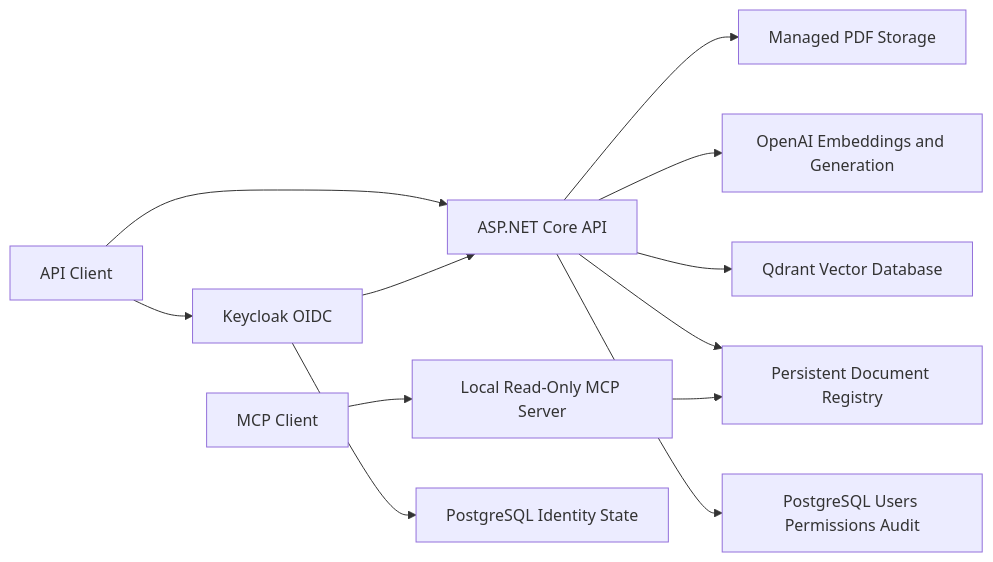
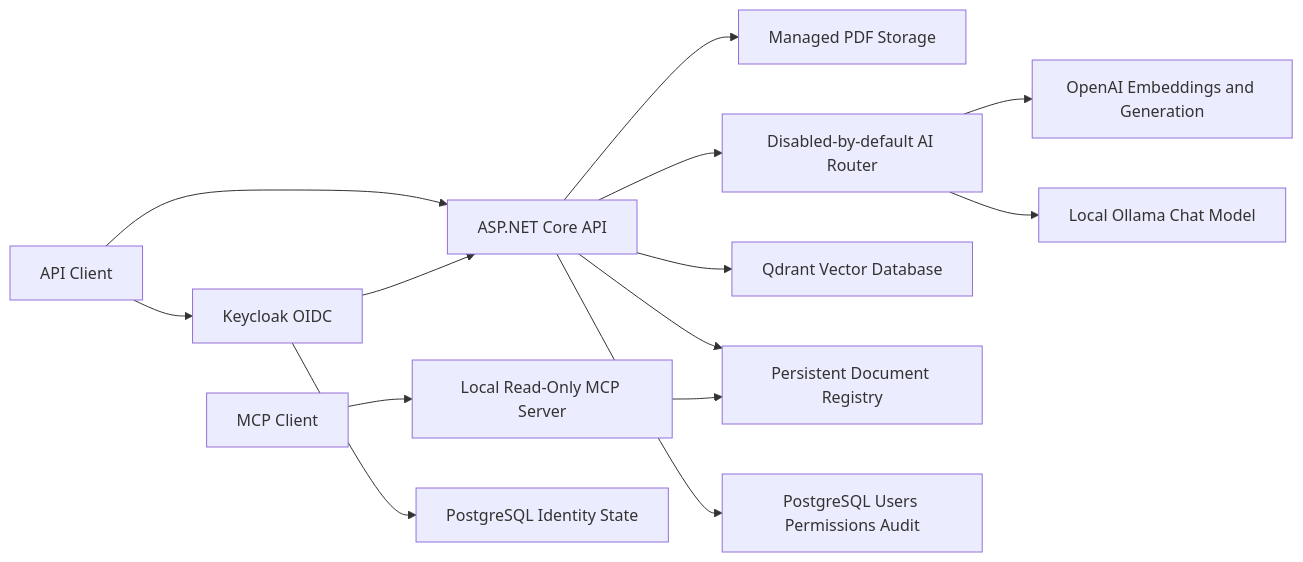
One commit to ElieSaberGit/enterprise-ai-knowledge-assistant-portfolio changed the diagram in README.md. Above: the diagram before and after it, drawn with Mermaid. The commit also changed other lines of this file, not shown here.

First line of the commit message:
docs: record hybrid local/cloud AI phase 1 milestone

````diff
--- a/README.md
+++ b/README.md
@@ -39,14 +39,16 @@
 ```mermaid
 flowchart LR
     Client[API Client] --> Keycloak[Keycloak OIDC]
     Client --> API[ASP.NET Core API]
     Keycloak --> API
     MCPClient[MCP Client] --> MCP[Local Read-Only MCP Server]
     API --> Files[Managed PDF Storage]
-    API --> OpenAI[OpenAI Embeddings and Generation]
+    API --> Router[Disabled-by-default AI Router]
+    Router --> OpenAI[OpenAI Embeddings and Generation]
+    Router --> Ollama[Local Ollama Chat Model]
     API --> Qdrant[Qdrant Vector Database]
     API --> Registry[Persistent Document Registry]
     API --> AppDB[PostgreSQL Users Permissions Audit]
     Keycloak --> IdentityDB[PostgreSQL Identity State]
     MCP --> Registry
 ```
````
